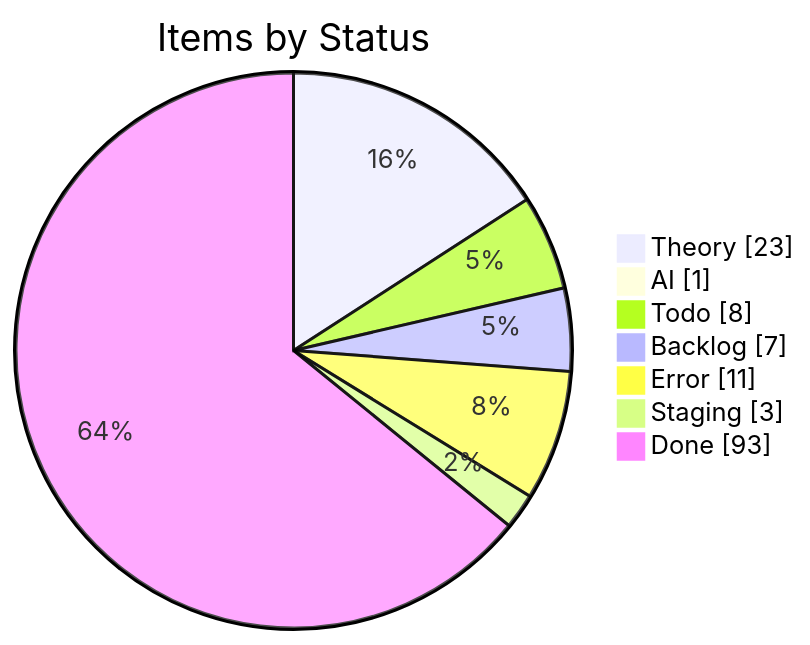
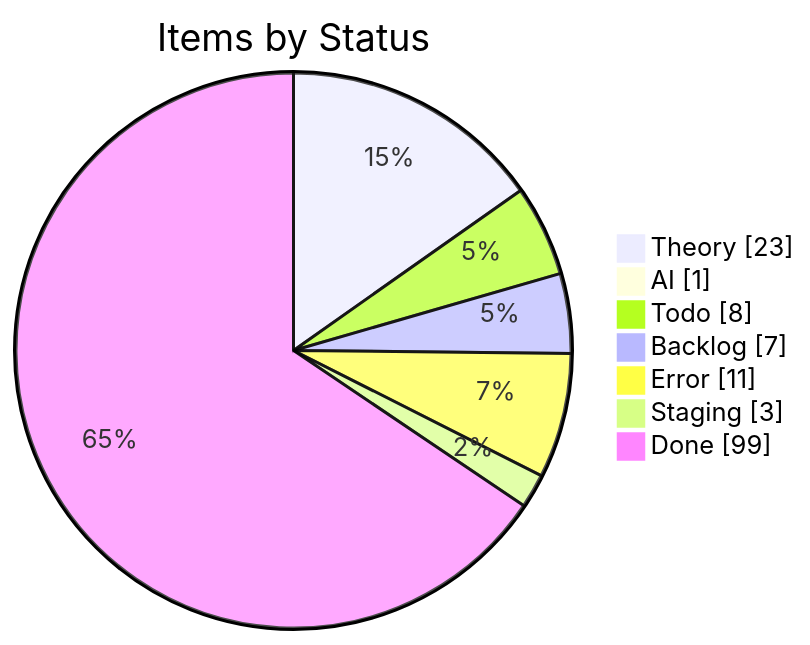
Before and after one commit to KBVE/kbve: the first of 4 diagrams in apps/kbve/astro-kbve/src/content/docs/dashboard/kanban-data.mdx, drawn with Mermaid. The commit also changed other lines of this file and 8 other files, not shown here.

````diff
--- a/apps/kbve/astro-kbve/src/content/docs/dashboard/kanban-data.mdx
+++ b/apps/kbve/astro-kbve/src/content/docs/dashboard/kanban-data.mdx
@@ -55,11 +55,11 @@
 ```mermaid
 pie showData
     title Items by Status
     "Theory" : 23
     "AI" : 1
     "Todo" : 8
     "Backlog" : 7
     "Error" : 11
     "Staging" : 3
-    "Done" : 93
+    "Done" : 99
 ```
````
